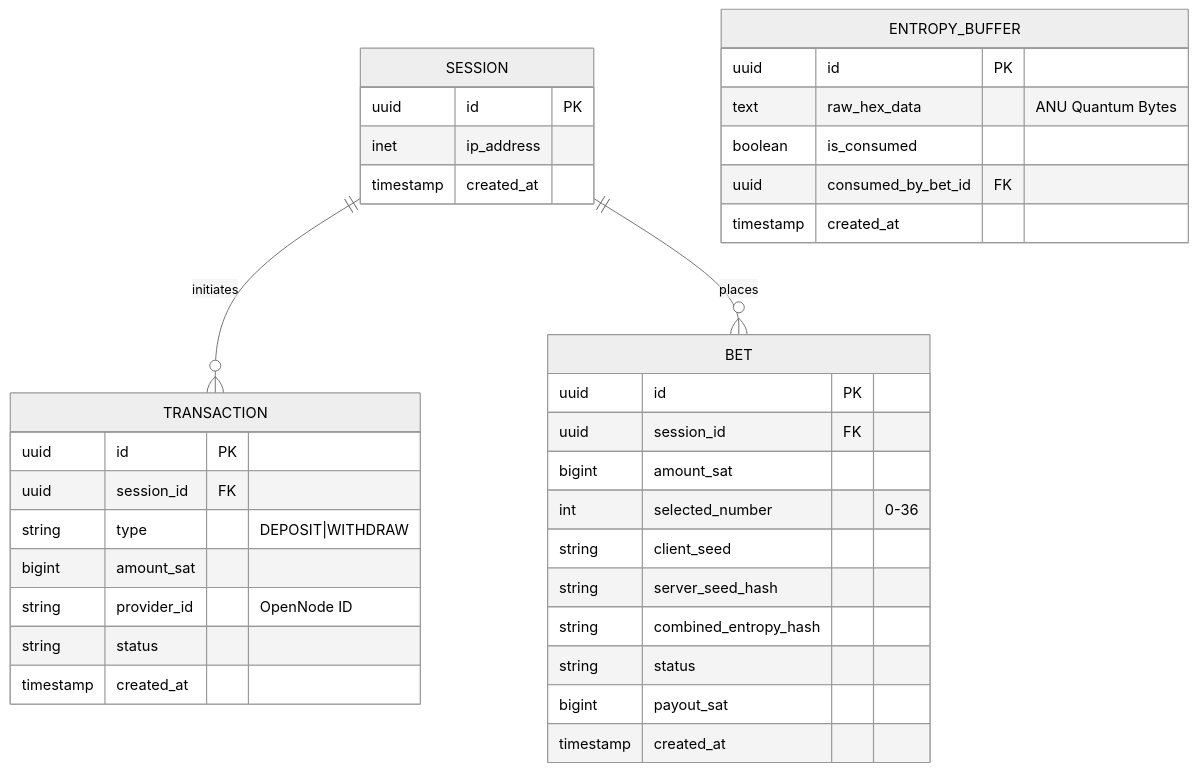
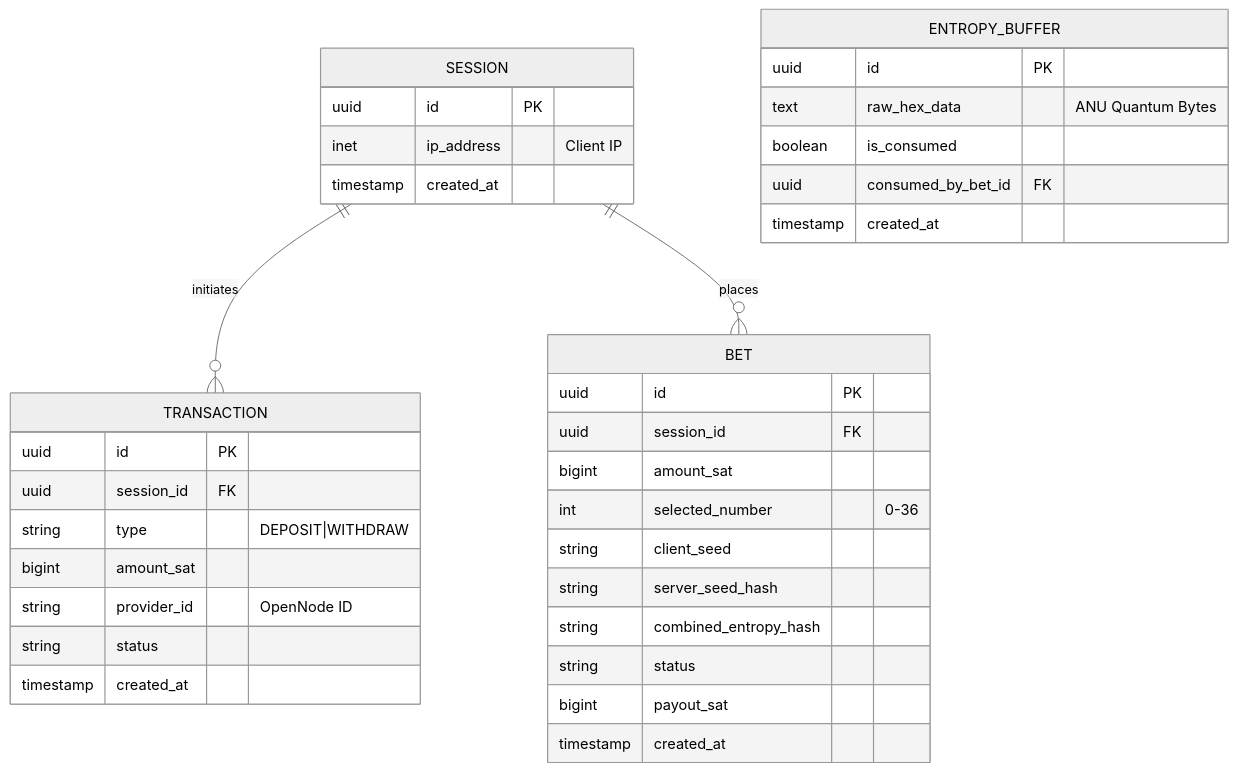
One commit to Rayo2010x/quantum-btc-backend changed the diagram in docs/03-Database/Database_Schema.md. Above: the diagram before and after it, drawn with Mermaid (neutral theme). The commit also changed other lines of this file and 15 other files, not shown here.

````diff
--- a/docs/03-Database/Database_Schema.md
+++ b/docs/03-Database/Database_Schema.md
@@ -10,41 +10,41 @@
 ```mermaid
 erDiagram
     SESSION ||--o{ TRANSACTION : initiates
     SESSION ||--o{ BET : places
     SESSION {
         uuid id PK
-        inet ip_address
+        inet ip_address "Client IP"
         timestamp created_at
     }
 
     TRANSACTION {
         uuid id PK
         uuid session_id FK
         string type "DEPOSIT|WITHDRAW"
         bigint amount_sat
         string provider_id "OpenNode ID"
         string status
         timestamp created_at
     }
 
     BET {
         uuid id PK
         uuid session_id FK
         bigint amount_sat
         int selected_number "0-36"
         string client_seed
         string server_seed_hash
         string combined_entropy_hash
         string status
         bigint payout_sat
         timestamp created_at
     }
 
     ENTROPY_BUFFER {
         uuid id PK
         text raw_hex_data "ANU Quantum Bytes"
         boolean is_consumed
         uuid consumed_by_bet_id FK
         timestamp created_at
     }
 ```
````
